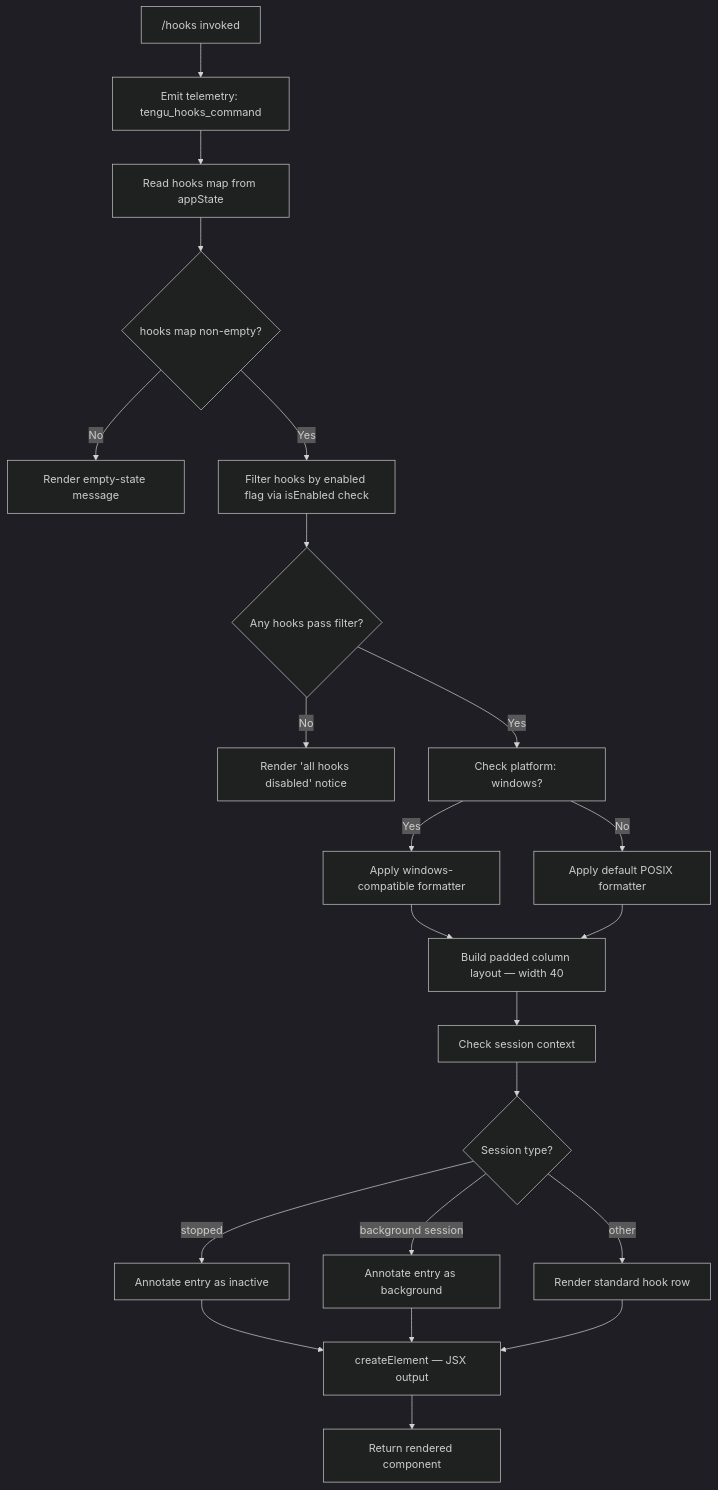
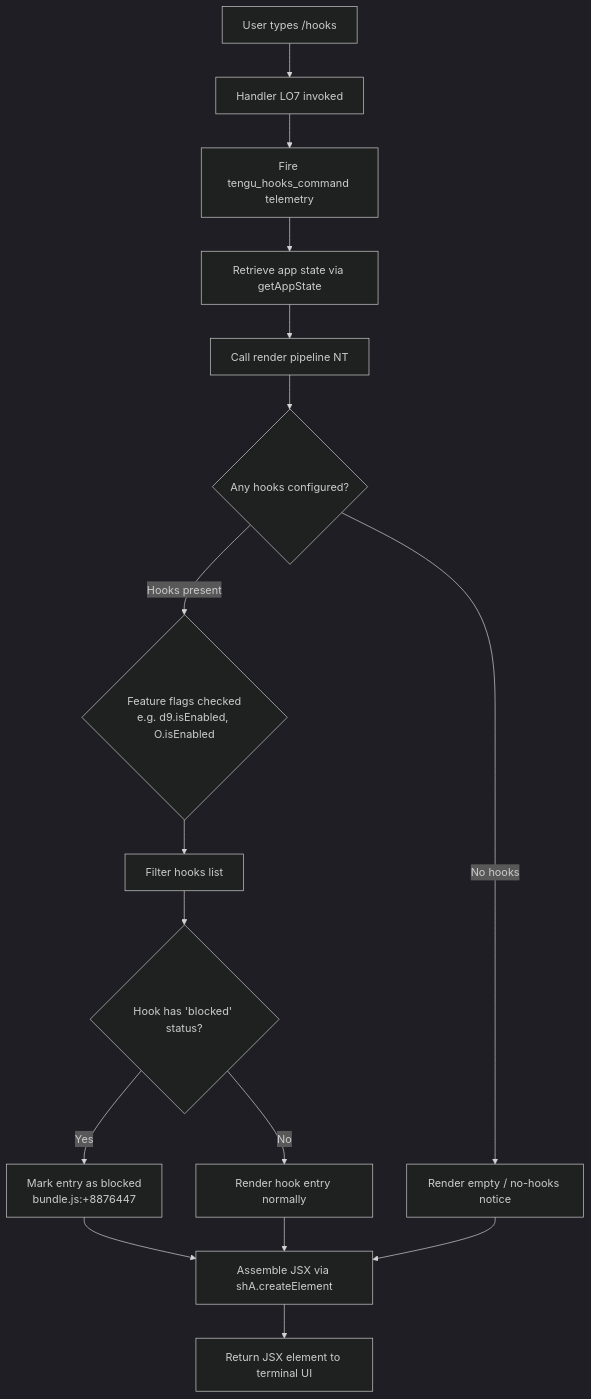
Before and after one commit to MyLittleLuckyDog/cc-gnothi: the diagram in versions/v2.1.132/hooks.md, drawn with Mermaid (dark theme). The commit also changed other lines of this file and 96 other files, not shown here.

````diff
--- a/versions/v2.1.132/hooks.md
+++ b/versions/v2.1.132/hooks.md
@@ -46,24 +54,18 @@
 ```mermaid
 flowchart TD
-    A["/hooks invoked"] --> B[Emit telemetry: tengu_hooks_command]
-    B --> C[Read hooks map from appState]
-    C --> D{hooks map non-empty?}
-    D -- No --> E[Render empty-state message]
-    D -- Yes --> F[Filter hooks by enabled flag via isEnabled check]
-    F --> G{Any hooks pass filter?}
-    G -- No --> H[Render 'all hooks disabled' notice]
-    G -- Yes --> I[Check platform: windows?]
-    I -- Yes --> J[Apply windows-compatible formatter]
-    I -- No --> K[Apply default POSIX formatter]
-    J --> L[Build padded column layout — width 40]
-    K --> L
-    L --> M[Check session context]
-    M --> N{Session type?}
-    N -- "stopped" --> O[Annotate entry as inactive]
-    N -- "background session" --> P[Annotate entry as background]
-    N -- other --> Q[Render standard hook row]
-    O --> R[createElement — JSX output]
-    P --> R
-    Q --> R
-    R --> S[Return rendered component]
+    A[User types /hooks] --> B[Handler LO7 invoked]
+    B --> C[Fire tengu_hooks_command telemetry]
+    C --> D[Retrieve app state via getAppState]
+    D --> E[Call render pipeline NT]
+    E --> F{Any hooks configured?}
+    F -- No hooks --> G[Render empty / no-hooks notice]
+    F -- Hooks present --> H{Feature flags checked\ne.g. d9.isEnabled, O.isEnabled}
+    H --> I[Filter hooks list]
+    I --> J{Hook has 'blocked' status?}
+    J -- Yes --> K[Mark entry as blocked\nbundle.js:+8876447]
+    J -- No --> L[Render hook entry normally]
+    K --> M[Assemble JSX via shA.createElement]
+    L --> M
+    G --> M
+    M --> N[Return JSX element to terminal UI]
 ```
````
